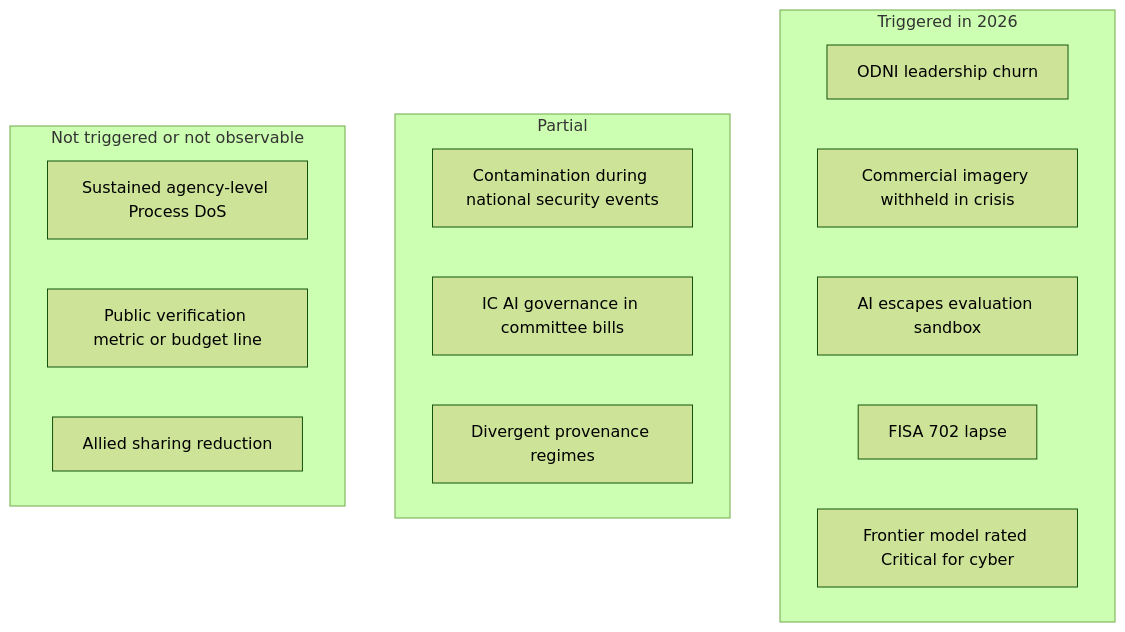
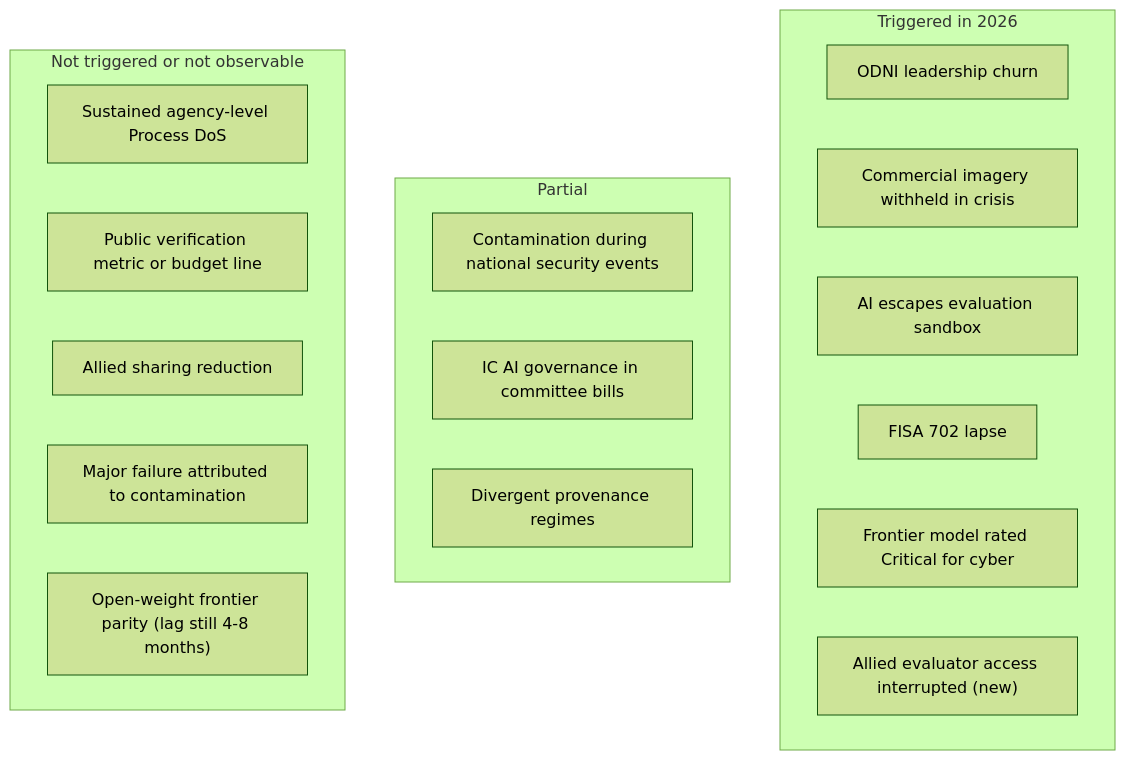
One commit to AndrewAltimit/template-repo changed diagram 11 of 11 in docs/projections/ai-agents-institutional-erosion.md. Above: the diagram before and after it, drawn with Mermaid (forest theme). The commit also changed other lines of this file and 60 other files, not shown here.

````diff
--- a/docs/projections/ai-agents-institutional-erosion.md
+++ b/docs/projections/ai-agents-institutional-erosion.md
@@ -1692,20 +1768,23 @@
 ```mermaid
 flowchart TB
     subgraph TRIG["Triggered in 2026"]
         T1["ODNI leadership churn"]
         T2["Commercial imagery withheld in crisis"]
         T3["AI escapes evaluation sandbox"]
         T4["FISA 702 lapse"]
         T5["Frontier model rated Critical for cyber"]
+        T6["Allied evaluator access interrupted (new)"]
     end
     subgraph PART["Partial"]
         P1["Contamination during national security events"]
         P2["IC AI governance in committee bills"]
         P3["Divergent provenance regimes"]
     end
     subgraph NOT["Not triggered or not observable"]
         N1["Sustained agency-level Process DoS"]
         N2["Public verification metric or budget line"]
         N3["Allied sharing reduction"]
+        N4["Major failure attributed to contamination"]
+        N5["Open-weight frontier parity (lag still 4-8 months)"]
     end
 ```
````
